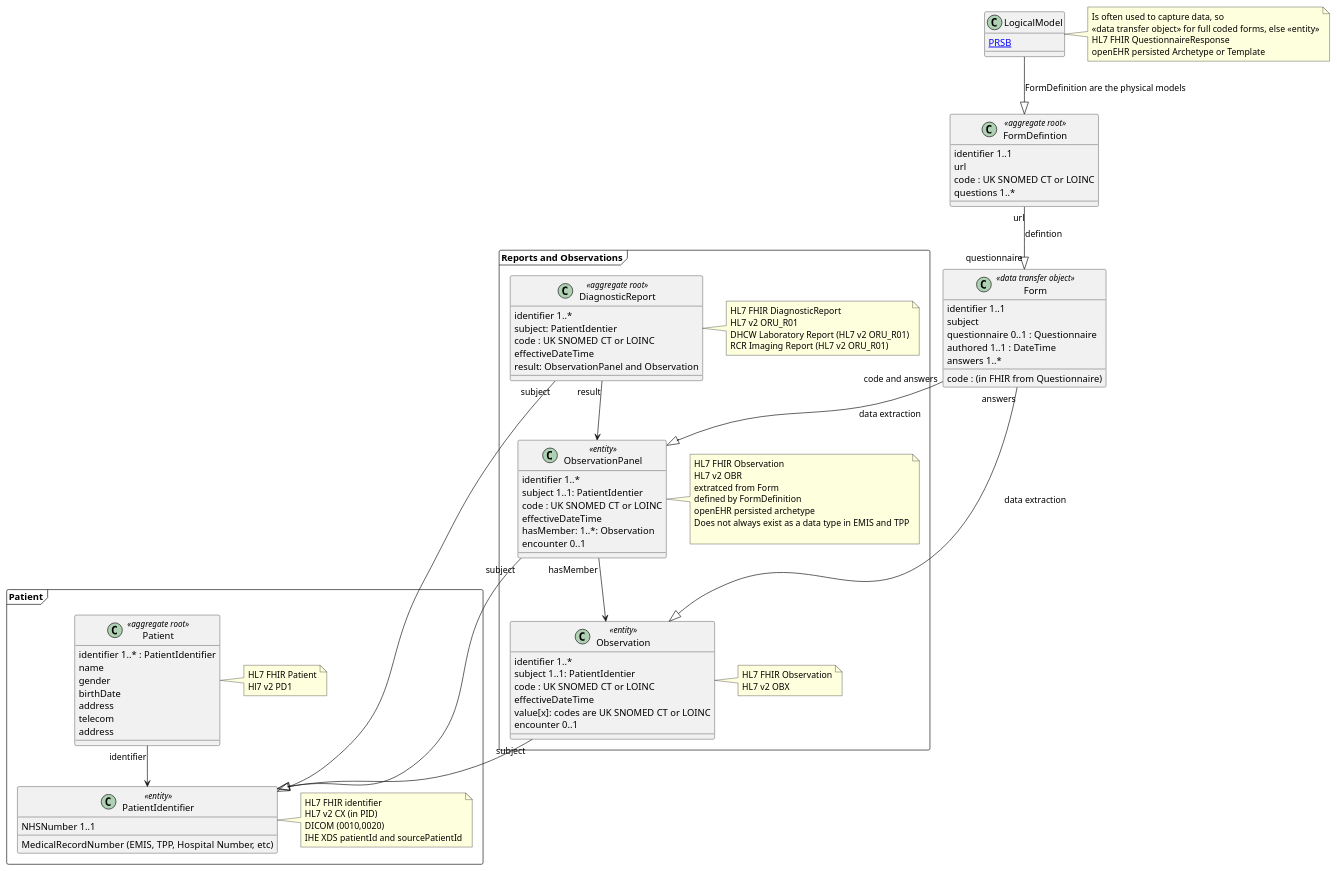
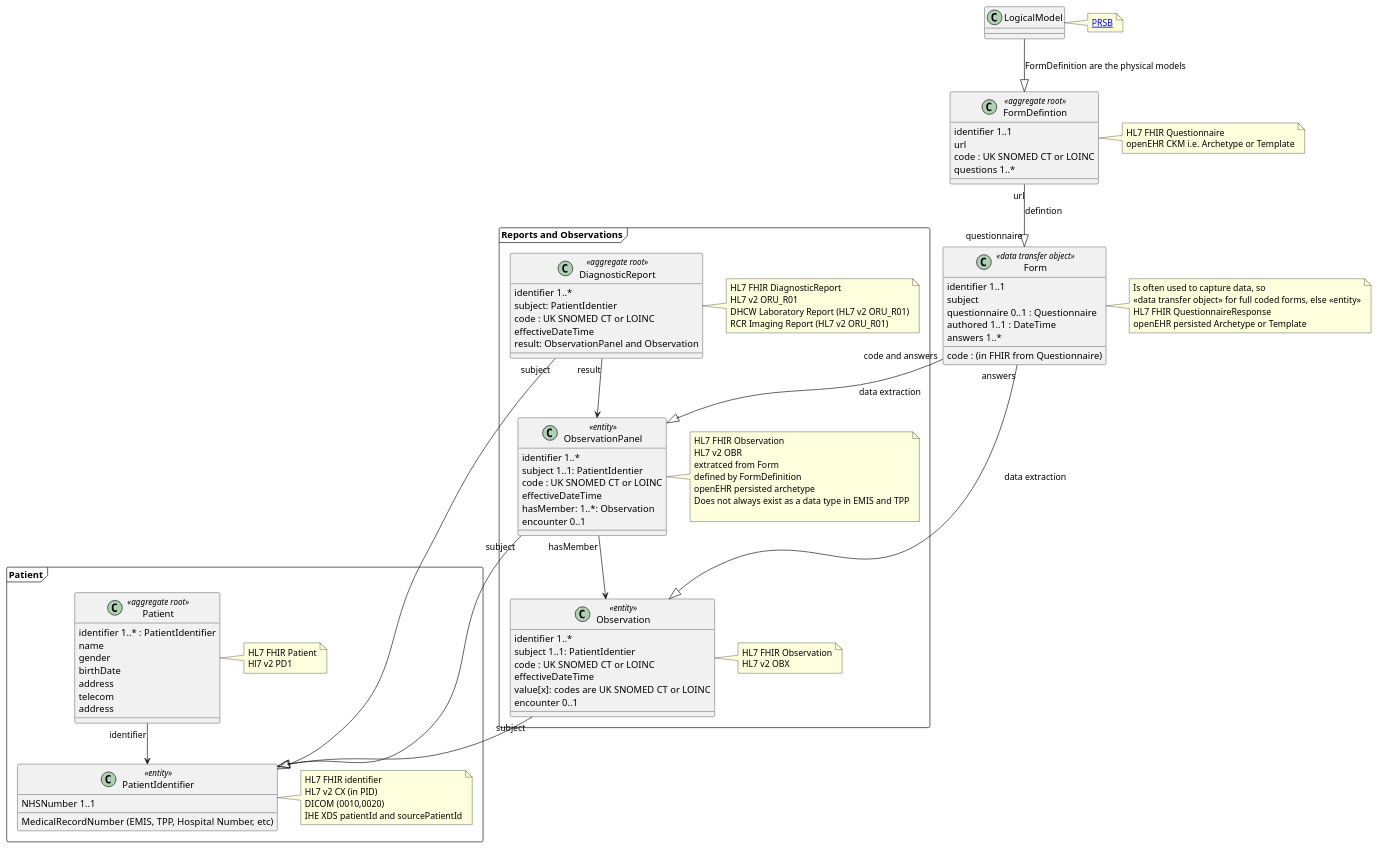
The diagram in input/images-source/entity-model.plantuml (KevinMayfield/VirtuallyHealthcare), drawn with PlantUML before and after one commit.

Commit message:
Improved model

```diff
--- a/input/images-source/entity-model.plantuml
+++ b/input/images-source/entity-model.plantuml
@@ -1,118 +1,128 @@
 @startuml
 
 frame PD1 as "Patient" {
 class Patient <<aggregate root>> {
 identifier 1..* : PatientIdentifier
 name
 gender
 birthDate
 address
 telecom
 address
 }
 note right
 HL7 FHIR Patient
 Hl7 v2 PD1
 end note
 
 class PatientIdentifier <<entity>> {
 NHSNumber 1..1
 MedicalRecordNumber (EMIS, TPP, Hospital Number, etc)
 }
 note right
 HL7 FHIR identifier
 HL7 v2 CX (in PID)
 DICOM (0010,0020)
 IHE XDS patientId and sourcePatientId
 end note
 }
 
 frame Report as "Reports and Observations" {
 class Observation <<entity>> {
 identifier 1..*
 subject 1..1: PatientIdentier
 code : UK SNOMED CT or LOINC
 effectiveDateTime
 value[x]: codes are UK SNOMED CT or LOINC
 encounter 0..1
 }
 note right
 HL7 FHIR Observation
 HL7 v2 OBX
 end note
 
 
 class ObservationPanel <<entity>> {
 identifier 1..*
 subject 1..1: PatientIdentier
 code : UK SNOMED CT or LOINC
 effectiveDateTime
 hasMember: 1..*: Observation
 encounter 0..1
 }
 note right
 HL7 FHIR Observation
 HL7 v2 OBR
 extratced from Form
 defined by FormDefinition
 openEHR persisted archetype
 Does not always exist as a data type in EMIS and TPP
 
 end note
 
 class DiagnosticReport <<aggregate root>> {
 identifier 1..*
 subject: PatientIdentier
 code : UK SNOMED CT or LOINC
 effectiveDateTime
 result: ObservationPanel and Observation
 }
 note right
 HL7 FHIR DiagnosticReport
 HL7 v2 ORU_R01
 DHCW Laboratory Report (HL7 v2 ORU_R01)
 RCR Imaging Report (HL7 v2 ORU_R01)
 end note
 }
 
 class Form <<data transfer object>> {
 identifier 1..1
 subject
 questionnaire 0..1 : Questionnaire
 code : (in FHIR from Questionnaire)
 authored 1..1 : DateTime
 answers 1..*
 }
+note right
+Is often used to capture data, so
+<<data transfer object>> for full coded forms, else <<entity>>
+HL7 FHIR QuestionnaireResponse
+openEHR persisted Archetype or Template
+end note
+
 
 class FormDefintion <<aggregate root>> {
 identifier 1..1
 url
 code : UK SNOMED CT or LOINC
 questions 1..*
 }
+note right
+HL7 FHIR Questionnaire
+openEHR CKM i.e. Archetype or Template
+end note
+
 
 class LogicalModel {
+
+}
+note right
 [[https://theprsb.org/standards/ PRSB]]
-}
+end note
 
 
-note right
-Is often used to capture data, so
-<<data transfer object>> for full coded forms, else <<entity>>
-HL7 FHIR QuestionnaireResponse
-openEHR persisted Archetype or Template
-end note
+
 
 
 
 Patient "identifier" --> PatientIdentifier
 DiagnosticReport "result" --> ObservationPanel
 ObservationPanel "hasMember" --> Observation
 Observation "subject" --|> PatientIdentifier
 ObservationPanel "subject" --|> PatientIdentifier
 DiagnosticReport "subject" --|> PatientIdentifier
 Form "answers" --|> Observation : data extraction
 Form "code and answers" --|> ObservationPanel: data extraction
 FormDefintion "url" --|> "questionnaire" Form : defintion
 LogicalModel --|> FormDefintion: FormDefinition are the physical models
 @enduml
```
